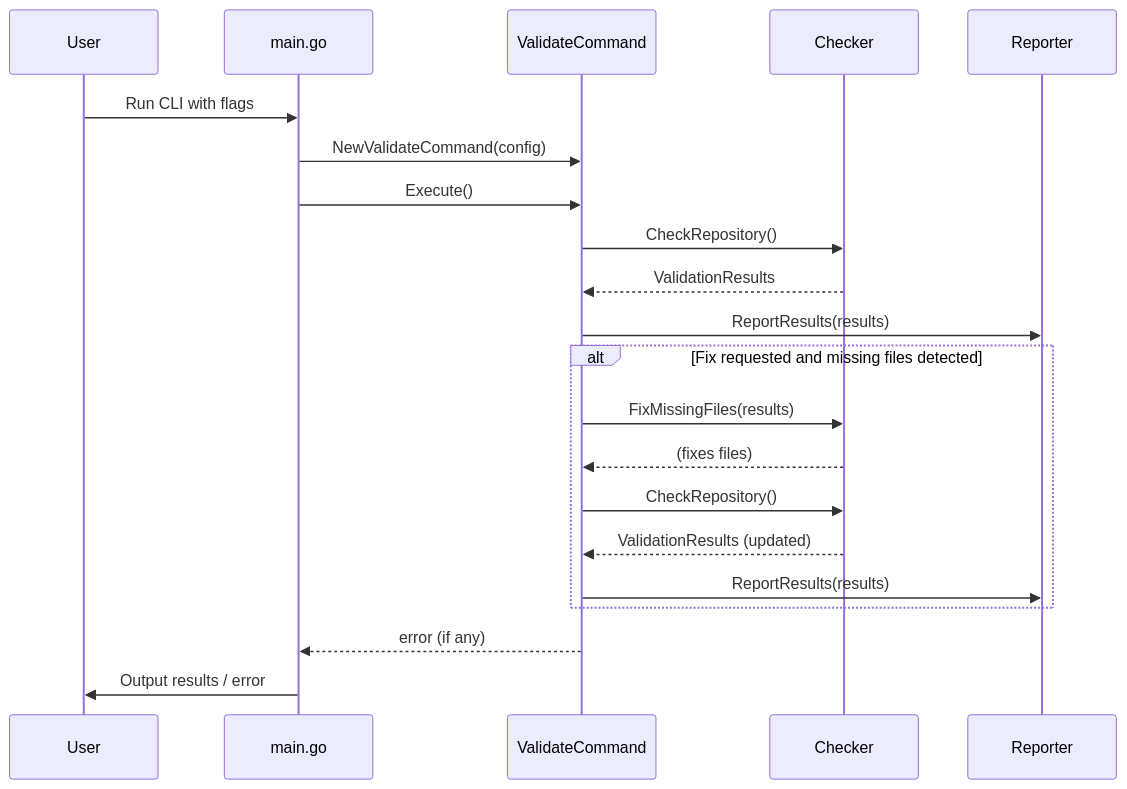
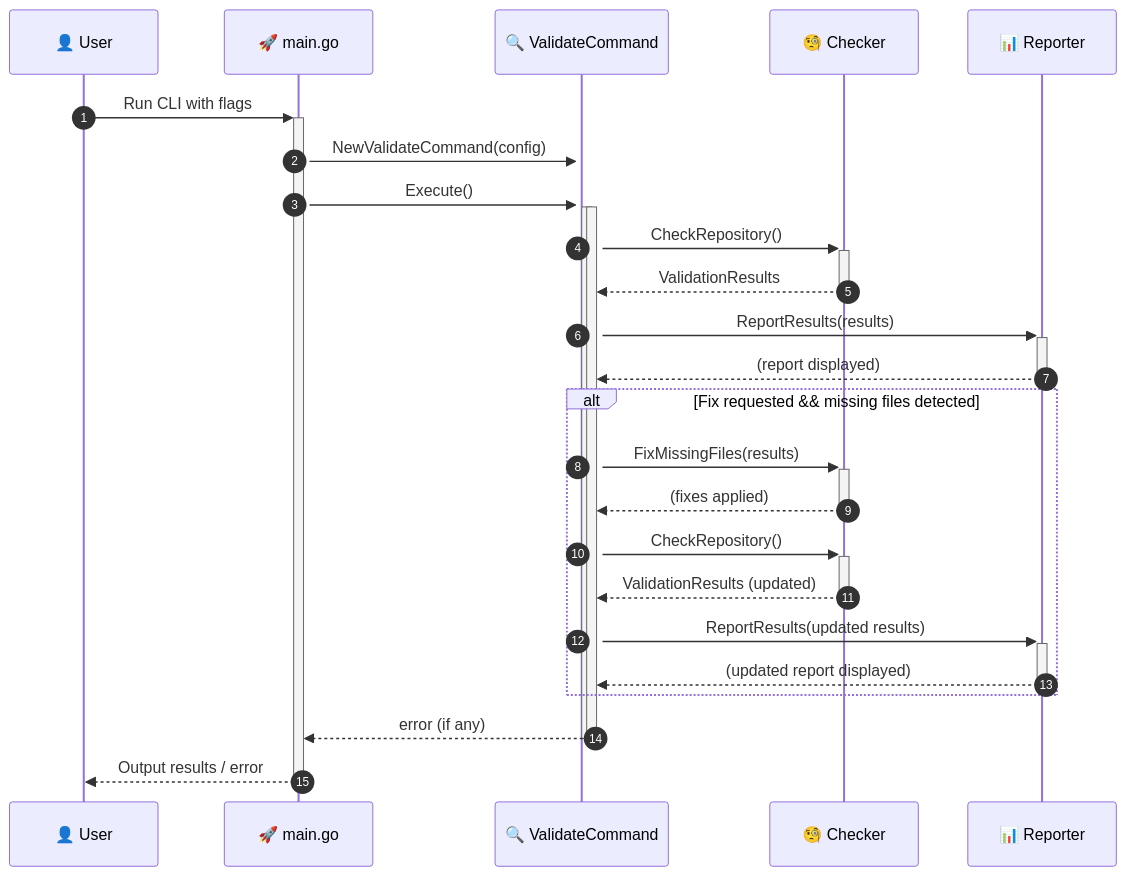
The diagram in repo-validation/README.md (LarsArtmann/templates), drawn with Mermaid before and after one commit.

Commit message:
Improved Architecture diagram in repo-validation README.md

````diff
--- a/repo-validation/README.md
+++ b/repo-validation/README.md
@@ -283,25 +283,31 @@
 ```mermaid
 sequenceDiagram
-    participant User
-    participant main.go
-    participant ValidateCommand
-    participant Checker
-    participant Reporter
+    autonumber
+    participant User as 👤 User
+    participant Main as 🚀 main.go
+    participant Command as 🔍 ValidateCommand
+    participant Checker as 🧐 Checker
+    participant Reporter as 📊 Reporter
 
-    User->>main.go: Run CLI with flags
-    main.go->>ValidateCommand: NewValidateCommand(config)
-    main.go->>ValidateCommand: Execute()
-    ValidateCommand->>Checker: CheckRepository()
-    Checker-->>ValidateCommand: ValidationResults
-    ValidateCommand->>Reporter: ReportResults(results)
-    alt Fix requested and missing files detected
-        ValidateCommand->>Checker: FixMissingFiles(results)
-        Checker-->>ValidateCommand: (fixes files)
-        ValidateCommand->>Checker: CheckRepository()
-        Checker-->>ValidateCommand: ValidationResults (updated)
-        ValidateCommand->>Reporter: ReportResults(results)
+    User->>+Main: Run CLI with flags
+    Main->>+Command: NewValidateCommand(config)
+    Main->>+Command: Execute()
+    activate Command
+    Command->>+Checker: CheckRepository()
+    Checker-->>-Command: ValidationResults
+    Command->>+Reporter: ReportResults(results)
+    Reporter-->>-Command: (report displayed)
+    
+    alt Fix requested && missing files detected
+        Command->>+Checker: FixMissingFiles(results)
+        Checker-->>-Command: (fixes applied)
+        Command->>+Checker: CheckRepository()
+        Checker-->>-Command: ValidationResults (updated)
+        Command->>+Reporter: ReportResults(updated results)
+        Reporter-->>-Command: (updated report displayed)
     end
-    ValidateCommand-->>main.go: error (if any)
-    main.go->>User: Output results / error
-
+    
+    Command-->>-Main: error (if any)
+    deactivate Command
+    Main-->>-User: Output results / error
 ```
````
